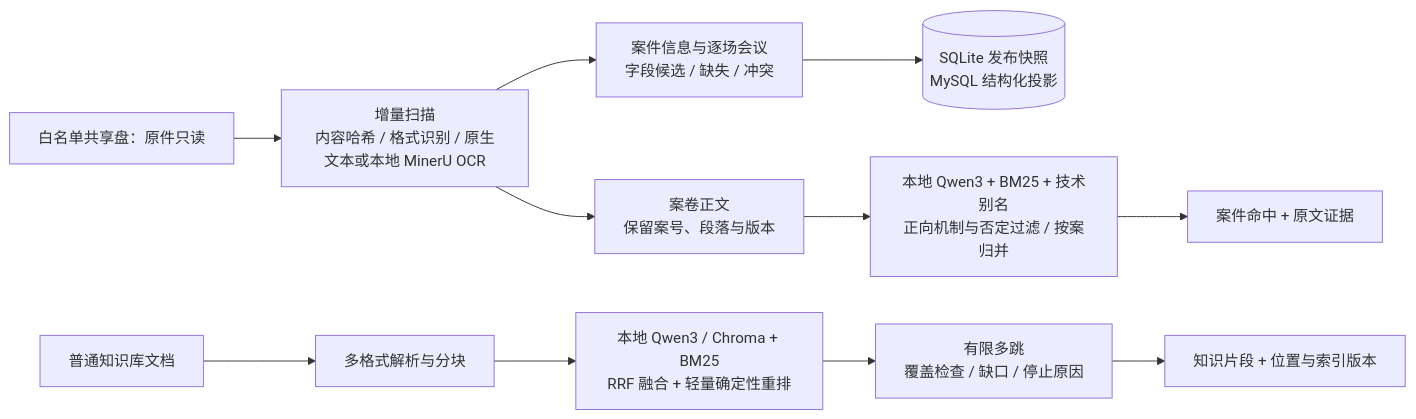
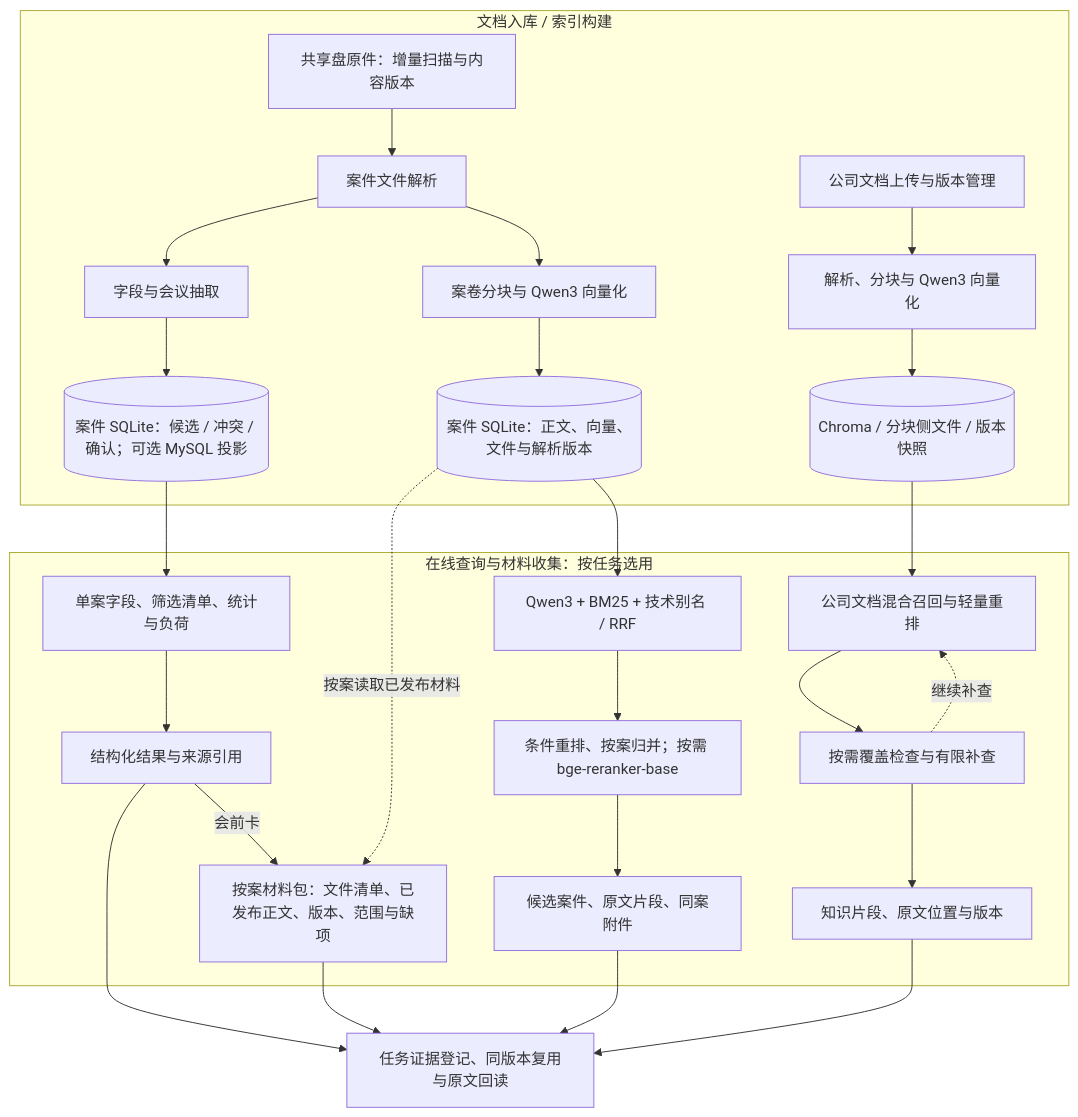
The diagram in docs/diagrams/03-ingestion-and-retrieval.mmd (xyra17/patent-casework-assistant), drawn with Mermaid before and after one commit. The commit also changed 73 other files, not shown here.

Commit message:
Update task execution and project diagrams

```diff
--- a/docs/diagrams/03-ingestion-and-retrieval.mmd
+++ b/docs/diagrams/03-ingestion-and-retrieval.mmd
@@ -1,11 +1,27 @@
-flowchart LR
-    S["白名单共享盘：原件只读"] --> SCAN["增量扫描<br/>内容哈希 / 格式识别 / 原生文本或本地 MinerU OCR"]
-    SCAN --> FIELD["案件信息与逐场会议<br/>字段候选 / 缺失 / 冲突"]
-    FIELD --> DB[("SQLite 发布快照<br/>MySQL 结构化投影")]
-    SCAN --> BODY["案卷正文<br/>保留案号、段落与版本"]
-    BODY --> CASE["本地 Qwen3 + BM25 + 技术别名<br/>正向机制与否定过滤 / 按案归并"]
-    CASE --> CE["案件命中 + 原文证据"]
-    K["普通知识库文档"] --> CHUNK["多格式解析与分块"]
-    CHUNK --> HYBRID["本地 Qwen3 / Chroma + BM25<br/>RRF 融合 + 轻量确定性重排"]
-    HYBRID --> HOP["有限多跳<br/>覆盖检查 / 缺口 / 停止原因"]
-    HOP --> KE["知识片段 + 位置与索引版本"]
+flowchart TB
+    subgraph BUILD["文档入库 / 索引构建"]
+        S["共享盘原件：增量扫描与内容版本"] --> P["案件文件解析"]
+        P --> F["字段与会议抽取"]
+        P --> B["案卷分块与 Qwen3 向量化"]
+        F --> CASE[("案件 SQLite：候选 / 冲突 / 确认；可选 MySQL 投影")]
+        B --> BODY[("案件 SQLite：正文、向量、文件与解析版本")]
+        K["公司文档上传与版本管理"] --> KP["解析、分块与 Qwen3 向量化"]
+        KP --> KI[("Chroma / 分块侧文件 / 版本快照")]
+    end
+    subgraph READ["在线查询与材料收集：按任务选用"]
+        CASE --> CQ["单案字段、筛选清单、统计与负荷"]
+        CQ --> CO["结构化结果与来源引用"]
+        BODY --> R["Qwen3 + BM25 + 技术别名 / RRF"]
+        R --> RR["条件重排、按案归并；按需 bge-reranker-base"]
+        RR --> RO["候选案件、原文片段、同案附件"]
+        CO -->|会前卡| PACK["按案材料包：文件清单、已发布正文、版本、范围与缺项"]
+        BODY -.->|按案读取已发布材料| PACK
+        KI --> KR["公司文档混合召回与轻量重排"]
+        KR --> KH["按需覆盖检查与有限补查"]
+        KH -.->|继续补查| KR
+        KH --> KO["知识片段、原文位置与版本"]
+    end
+    CO --> E["任务证据登记、同版本复用与原文回读"]
+    PACK --> E
+    RO --> E
+    KO --> E
```
